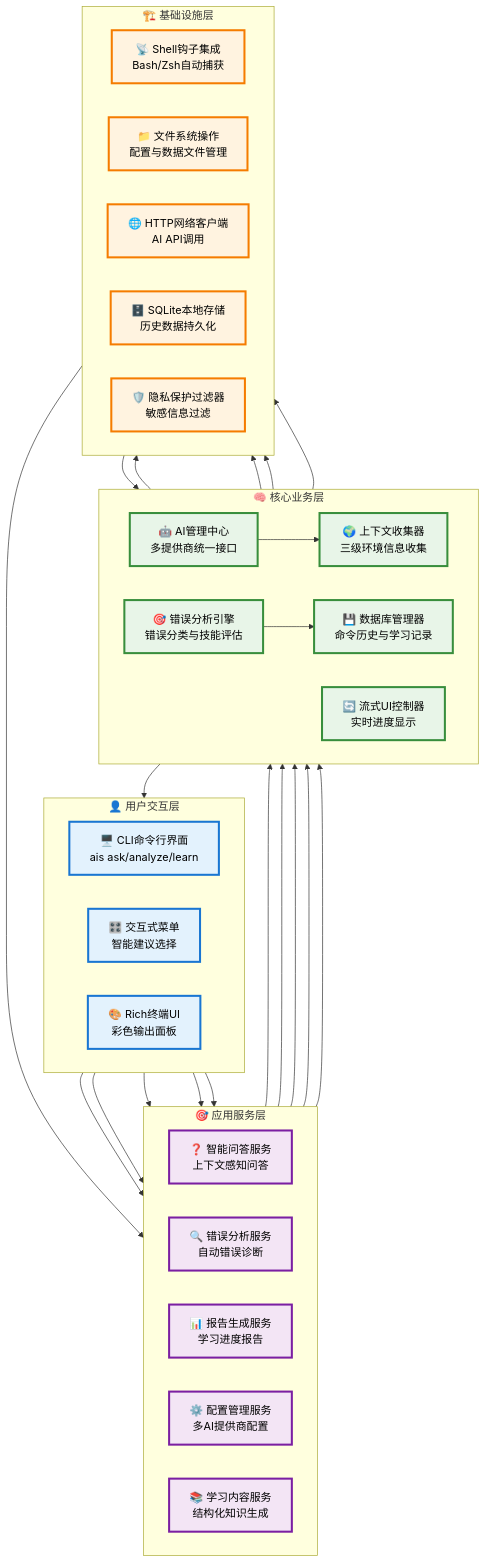
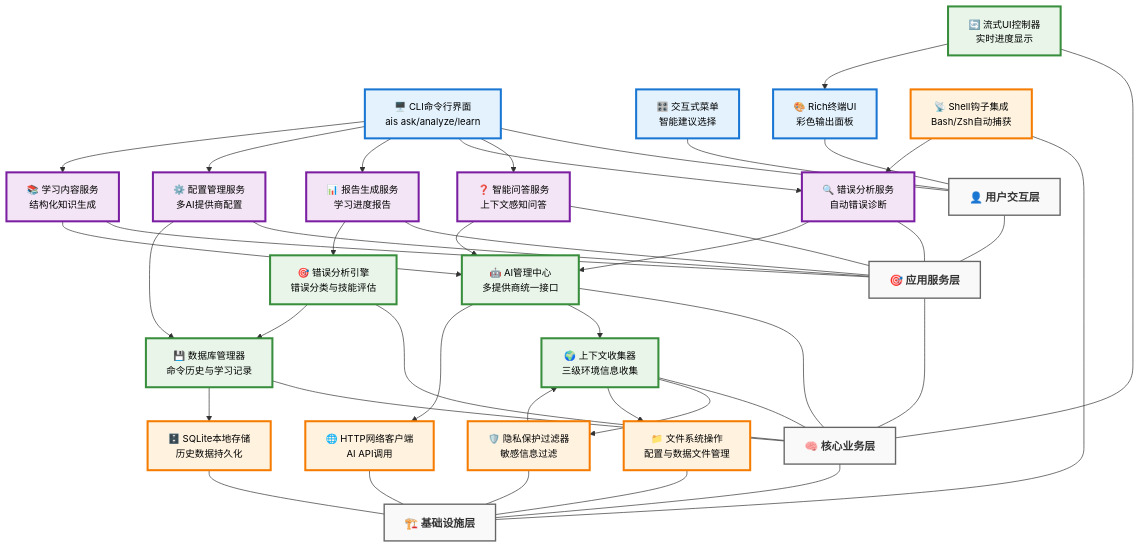
Before and after one commit to kangvcar/ais: the first of 4 diagrams in docs/development/architecture.md, drawn with Mermaid.

Commit message:
refactor: 完全重新设计系统架构图，采用纯垂直布局结构
### 架构图重新设计
- 📐 **纯垂直TD布局**: 完全采用Top-Down垂直流向
  * 四个架构层从上到下清晰排列，充分利用页面高度
  * 解决图表显示过小的问题，无需缩放即可清晰阅读

- 🏷️ **显式层级标签**: 添加明确的层级分隔标签
  * 👤 用户交互层、🎯 应用服务层、🧠 核心业务层、🏗️ 基础设施层
  * 每层都有清晰的视觉分隔和标识

- 📏 **组件水平分布**: 每层内部组件水平排列
  * 用户交互层: CLI界面、交互菜单、Rich终端UI
  * 应用服务层: 问答、分析、报告、配置、学习五大服务
  * 核心业务层: AI管理、上下文、分析引擎、数据库、流式UI
  * 基础设施层: Shell集成、文件系统、网络、存储、隐私保护

- 🔗 **简化数据流**: 保留核心组件间的关键连接
  * 突出从用户操作到底层服务的主要数据流向
  * 减少视觉复杂度，便于理解系统架构

- 🎨 **增强视觉效果**:
  * 14px字体大小提升可读性
  * 3px边框突出组件边界
  * 灰色层级标签提供清晰的分组视觉效果

### 用户体验
- 架构图现在具有足够的高度和清晰度
- 开发者可以清晰看到所有组件和连接关系
- 分层架构和数据流向一目了然

````diff
--- a/docs/development/architecture.md
+++ b/docs/development/architecture.md
@@ -11,75 +11,91 @@
 ```mermaid
-flowchart TB
-    %% 用户交互层
-    subgraph "👤 用户交互层"
-        direction LR
-        A[🖥️ CLI命令行界面<br/>ais ask/analyze/learn]
-        B[🎛️ 交互式菜单<br/>智能建议选择]
-        C[🎨 Rich终端UI<br/>彩色输出面板]
-    end
+flowchart TD
+    %% 用户交互层 - 水平排列
+    A1[🖥️ CLI命令行界面<br/>ais ask/analyze/learn]
+    A2[🎛️ 交互式菜单<br/>智能建议选择]
+    A3[🎨 Rich终端UI<br/>彩色输出面板]
     
-    %% 应用服务层
-    subgraph "🎯 应用服务层"
-        direction LR
-        D[❓ 智能问答服务<br/>上下文感知问答]
-        E[🔍 错误分析服务<br/>自动错误诊断]
-        F[📊 报告生成服务<br/>学习进度报告]
-        G[⚙️ 配置管理服务<br/>多AI提供商配置]
-        H[📚 学习内容服务<br/>结构化知识生成]
-    end
+    %% 分隔线
+    A1 --- LAYER1["👤 用户交互层"]
+    A2 --- LAYER1
+    A3 --- LAYER1
     
-    %% 核心业务层
-    subgraph "🧠 核心业务层"
-        direction LR
-        I[🤖 AI管理中心<br/>多提供商统一接口]
-        J[🌍 上下文收集器<br/>三级环境信息收集]
-        K[🎯 错误分析引擎<br/>错误分类与技能评估]
-        L[💾 数据库管理器<br/>命令历史与学习记录]
-        M[🔄 流式UI控制器<br/>实时进度显示]
-    end
+    %% 应用服务层 - 水平排列  
+    B1[❓ 智能问答服务<br/>上下文感知问答]
+    B2[🔍 错误分析服务<br/>自动错误诊断]
+    B3[📊 报告生成服务<br/>学习进度报告]
+    B4[⚙️ 配置管理服务<br/>多AI提供商配置]
+    B5[📚 学习内容服务<br/>结构化知识生成]
     
-    %% 基础设施层
-    subgraph "🏗️ 基础设施层"
-        direction LR
-        N[📡 Shell钩子集成<br/>Bash/Zsh自动捕获]
-        O[📁 文件系统操作<br/>配置与数据文件管理]
-        P[🌐 HTTP网络客户端<br/>AI API调用]
-        Q[🗄️ SQLite本地存储<br/>历史数据持久化]
-        R[🛡️ 隐私保护过滤器<br/>敏感信息过滤]
-    end
+    LAYER1 --- LAYER2["🎯 应用服务层"]
+    B1 --- LAYER2
+    B2 --- LAYER2
+    B3 --- LAYER2
+    B4 --- LAYER2
+    B5 --- LAYER2
+    
+    %% 核心业务层 - 水平排列
+    C1[🤖 AI管理中心<br/>多提供商统一接口]
+    C2[🌍 上下文收集器<br/>三级环境信息收集]
+    C3[🎯 错误分析引擎<br/>错误分类与技能评估]
+    C4[💾 数据库管理器<br/>命令历史与学习记录]
+    C5[🔄 流式UI控制器<br/>实时进度显示]
+    
+    LAYER2 --- LAYER3["🧠 核心业务层"]
+    C1 --- LAYER3
+    C2 --- LAYER3
+    C3 --- LAYER3
+    C4 --- LAYER3
+    C5 --- LAYER3
+    
+    %% 基础设施层 - 水平排列
+    D1[📡 Shell钩子集成<br/>Bash/Zsh自动捕获]
+    D2[📁 文件系统操作<br/>配置与数据文件管理]
+    D3[🌐 HTTP网络客户端<br/>AI API调用]
+    D4[🗄️ SQLite本地存储<br/>历史数据持久化]
+    D5[🛡️ 隐私保护过滤器<br/>敏感信息过滤]
+    
+    LAYER3 --- LAYER4["🏗️ 基础设施层"]
+    D1 --- LAYER4
+    D2 --- LAYER4
+    D3 --- LAYER4
+    D4 --- LAYER4
+    D5 --- LAYER4
     
     %% 主要数据流连接
-    A --> D
-    A --> E
-    A --> F
-    A --> G
-    A --> H
+    A1 --> B1
+    A1 --> B2
+    A1 --> B3
+    A1 --> B4
+    A1 --> B5
     
-    D --> I
-    E --> I
-    F --> K
-    G --> L
-    H --> I
+    B1 --> C1
+    B2 --> C1
+    B3 --> C3
+    B4 --> C4
+    B5 --> C1
     
-    I --> J
-    I --> P
-    J --> R
-    K --> L
-    M --> C
+    C1 --> C2
+    C1 --> D3
+    C2 --> D5
+    C3 --> C4
+    C5 --> A3
     
-    N --> E
-    J --> O
-    L --> Q
-    R --> J
+    D1 --> B2
+    C2 --> D2
+    C4 --> D4
+    D5 --> C2
     
     %% 样式定义
-    classDef userLayer fill:#e3f2fd,stroke:#1976d2,stroke-width:3px,color:#000
-    classDef serviceLayer fill:#f3e5f5,stroke:#7b1fa2,stroke-width:3px,color:#000
-    classDef coreLayer fill:#e8f5e8,stroke:#388e3c,stroke-width:3px,color:#000
-    classDef infraLayer fill:#fff3e0,stroke:#f57c00,stroke-width:3px,color:#000
+    classDef userLayer fill:#e3f2fd,stroke:#1976d2,stroke-width:3px,color:#000,font-size:14px
+    classDef serviceLayer fill:#f3e5f5,stroke:#7b1fa2,stroke-width:3px,color:#000,font-size:14px
+    classDef coreLayer fill:#e8f5e8,stroke:#388e3c,stroke-width:3px,color:#000,font-size:14px
+    classDef infraLayer fill:#fff3e0,stroke:#f57c00,stroke-width:3px,color:#000,font-size:14px
+    classDef layerLabel fill:#f9f9f9,stroke:#666,stroke-width:2px,color:#333,font-weight:bold
     
-    class A,B,C userLayer
-    class D,E,F,G,H serviceLayer
-    class I,J,K,L,M coreLayer
-    class N,O,P,Q,R infraLayer
+    class A1,A2,A3 userLayer
+    class B1,B2,B3,B4,B5 serviceLayer
+    class C1,C2,C3,C4,C5 coreLayer
+    class D1,D2,D3,D4,D5 infraLayer
+    class LAYER1,LAYER2,LAYER3,LAYER4 layerLabel
 ```
````
